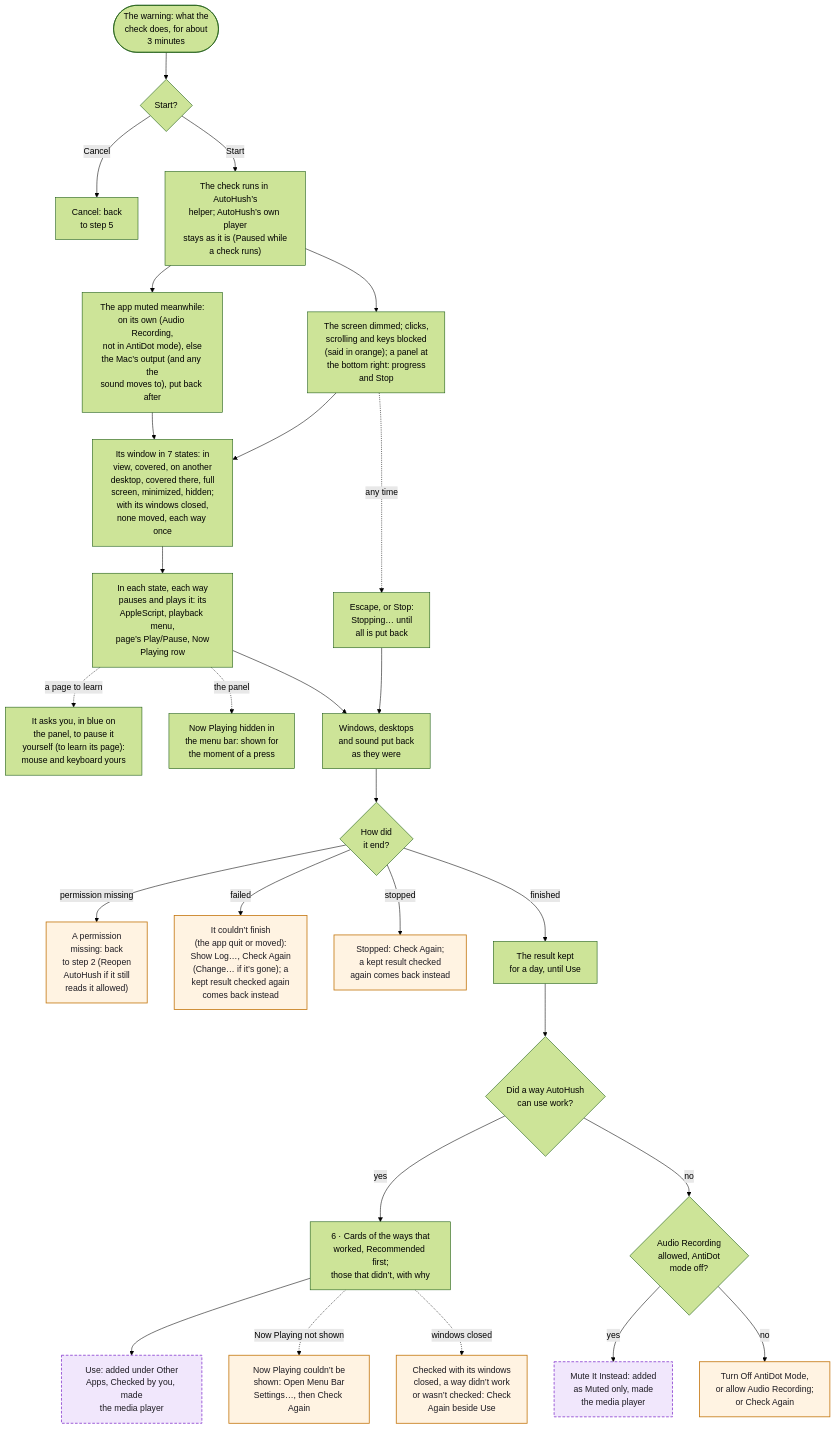
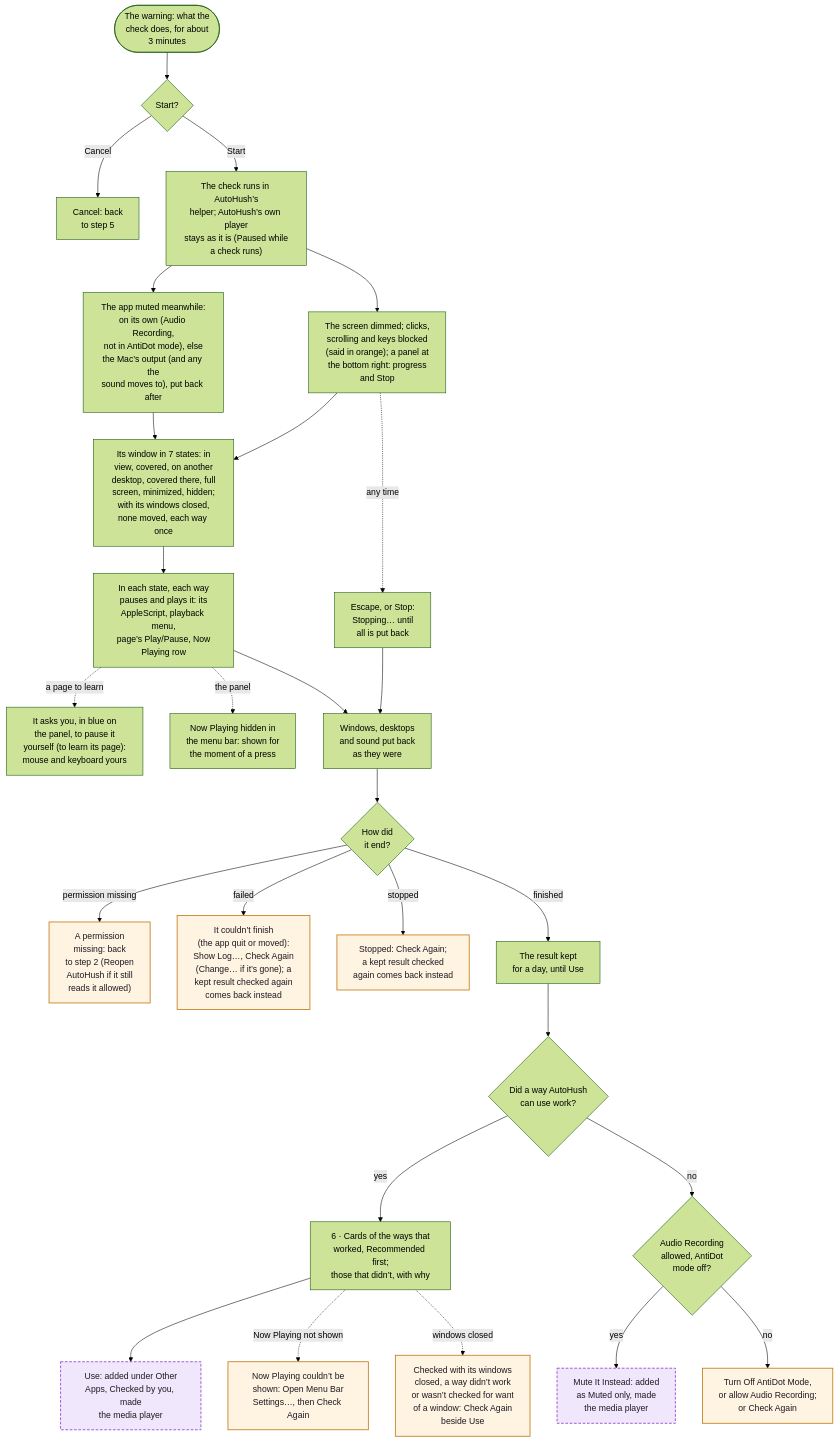
One commit to hfustercabre/AutoHush changed the tenth of 14 diagrams in WORKFLOWS.md. Above: the diagram before and after it, drawn with Mermaid (forest theme). The commit also changed 7 other files, not shown here.

````diff
--- a/WORKFLOWS.md
+++ b/WORKFLOWS.md
@@ -542,58 +542,58 @@
 ```mermaid
 flowchart TD
   WARN(["The warning: what the<br/>check does, for about<br/>3 minutes"])
   GO{"Start?"}
   BACK["Cancel: back<br/>to step 5"]
   RUN["The check runs in AutoHush’s<br/>helper; AutoHush’s own player<br/>stays as it is (Paused while<br/>a check runs)"]
   BLOCK["The screen dimmed; clicks,<br/>scrolling and keys blocked<br/>(said in orange); a panel at<br/>the bottom right: progress<br/>and Stop"]
   MUTE["The app muted meanwhile:<br/>on its own (Audio Recording,<br/>not in AntiDot mode), else<br/>the Mac’s output (and any the<br/>sound moves to), put back after"]
   STATES["Its window in 7 states: in<br/>view, covered, on another<br/>desktop, covered there, full<br/>screen, minimized, hidden;<br/>with its windows closed,<br/>none moved, each way once"]
   WAYS["In each state, each way<br/>pauses and plays it: its<br/>AppleScript, playback menu,<br/>page’s Play/Pause, Now<br/>Playing row"]
   ASK["It asks you, in blue on<br/>the panel, to pause it<br/>yourself (to learn its page):<br/>mouse and keyboard yours"]
   SHOW["Now Playing hidden in<br/>the menu bar: shown for<br/>the moment of a press"]
   STOP["Escape, or Stop:<br/>Stopping… until<br/>all is put back"]
   PUT["Windows, desktops<br/>and sound put back<br/>as they were"]
   HOW{"How did<br/>it end?"}
   PERM["A permission<br/>missing: back<br/>to step 2 (Reopen<br/>AutoHush if it still<br/>reads it allowed)"]
   FAIL["It couldn’t finish<br/>(the app quit or moved):<br/>Show Log…, Check Again<br/>(Change… if it’s gone); a<br/>kept result checked again<br/>comes back instead"]
   STOPPED["Stopped: Check Again;<br/>a kept result checked<br/>again comes back instead"]
   KEEP["The result kept<br/>for a day, until Use"]
   ANY{"Did a way AutoHush<br/>can use work?"}
   CARDS["6 · Cards of the ways that<br/>worked, Recommended first;<br/>those that didn’t, with why"]
   USE["Use: added under Other<br/>Apps, Checked by you, made<br/>the media player"]
   NPH["Now Playing couldn’t be<br/>shown: Open Menu Bar<br/>Settings…, then Check Again"]
-  CLW["Checked with its windows<br/>closed, a way didn’t work<br/>or wasn’t checked: Check<br/>Again beside Use"]
+  CLW["Checked with its windows<br/>closed, a way didn’t work<br/>or wasn’t checked for want<br/>of a window: Check Again<br/>beside Use"]
   MUT{"Audio Recording<br/>allowed, AntiDot<br/>mode off?"}
   MII["Mute It Instead: added<br/>as Muted only, made<br/>the media player"]
   ANTI["Turn Off AntiDot Mode,<br/>or allow Audio Recording;<br/>or Check Again"]
 
   WARN --> GO
   GO -->|"Cancel"| BACK
   GO -->|"Start"| RUN
   RUN --> BLOCK
   RUN --> MUTE
   BLOCK --> STATES
   MUTE --> STATES
   STATES --> WAYS
   WAYS -.->|"a page to learn"| ASK
   WAYS -.->|"the panel"| SHOW
   BLOCK -.->|"any time"| STOP
   STOP --> PUT
   WAYS --> PUT
   PUT --> HOW
   HOW -->|"finished"| KEEP --> ANY
   HOW -->|"permission missing"| PERM
   HOW -->|"failed"| FAIL
   HOW -->|"stopped"| STOPPED
   ANY -->|"yes"| CARDS --> USE
   CARDS -.->|"Now Playing not shown"| NPH
   CARDS -.->|"windows closed"| CLW
   ANY -->|"no"| MUT
   MUT -->|"yes"| MII
   MUT -->|"no"| ANTI
 
   class USE,MII ref
   class FAIL,STOPPED,PERM,NPH,CLW,ANTI warn
   classDef ref fill:#f1e7fc,stroke:#8a3fd1,stroke-width:1.5px,stroke-dasharray: 5 3,color:#1d1b22
   classDef warn fill:#fff3e2,stroke:#c47812,stroke-width:1.5px,color:#1d1b22
 ```
````
